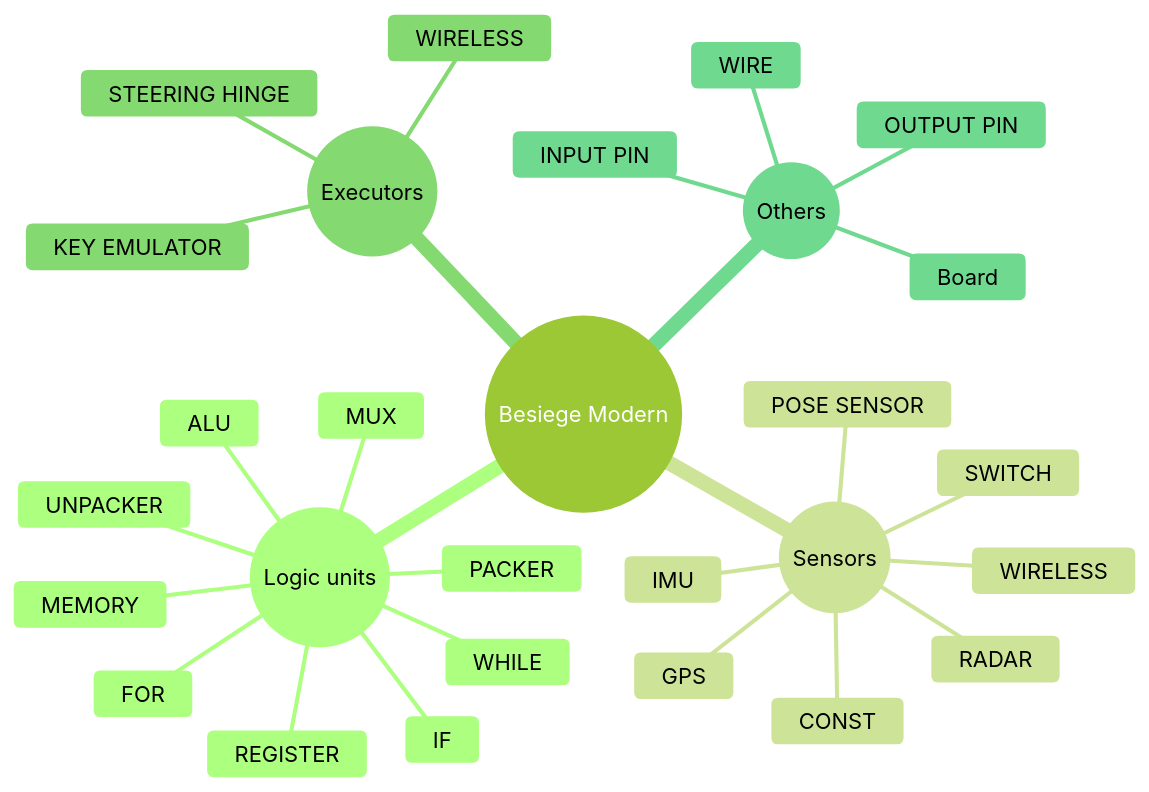
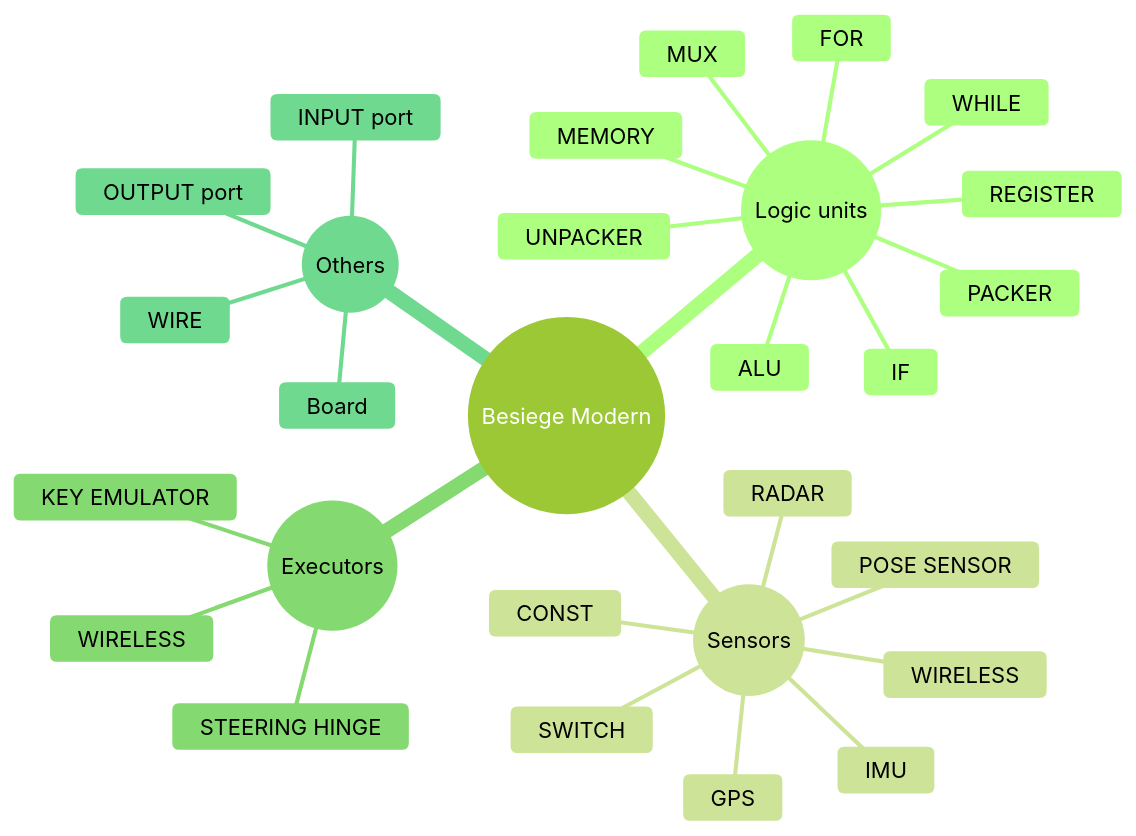
One commit to Chen-Yulin/Besiege-Modern-Docs-Src changed the diagram in docs/intro.md. Above: the diagram before and after it, drawn with Mermaid (forest theme). The commit also changed other lines of this file and 37 other files, not shown here.

````diff
--- a/docs/intro.md
+++ b/docs/intro.md
@@ -35,32 +35,32 @@
 ```mermaid
 mindmap
     ((Besiege Modern))
         ((Logic units))
             IF
             ALU
             WHILE
             FOR
             PACKER
             UNPACKER
             MUX
             REGISTER
             MEMORY
         ((Sensors))
             CONST
             SWITCH
             POSE SENSOR
             GPS
             IMU
             RADAR
             WIRELESS
         ((Executors))
             KEY EMULATOR
             STEERING HINGE
             WIRELESS
         ((Others))
             Board
-            INPUT PIN
-            OUTPUT PIN
+            INPUT port
+            OUTPUT port
             WIRE
 
 ```
````
